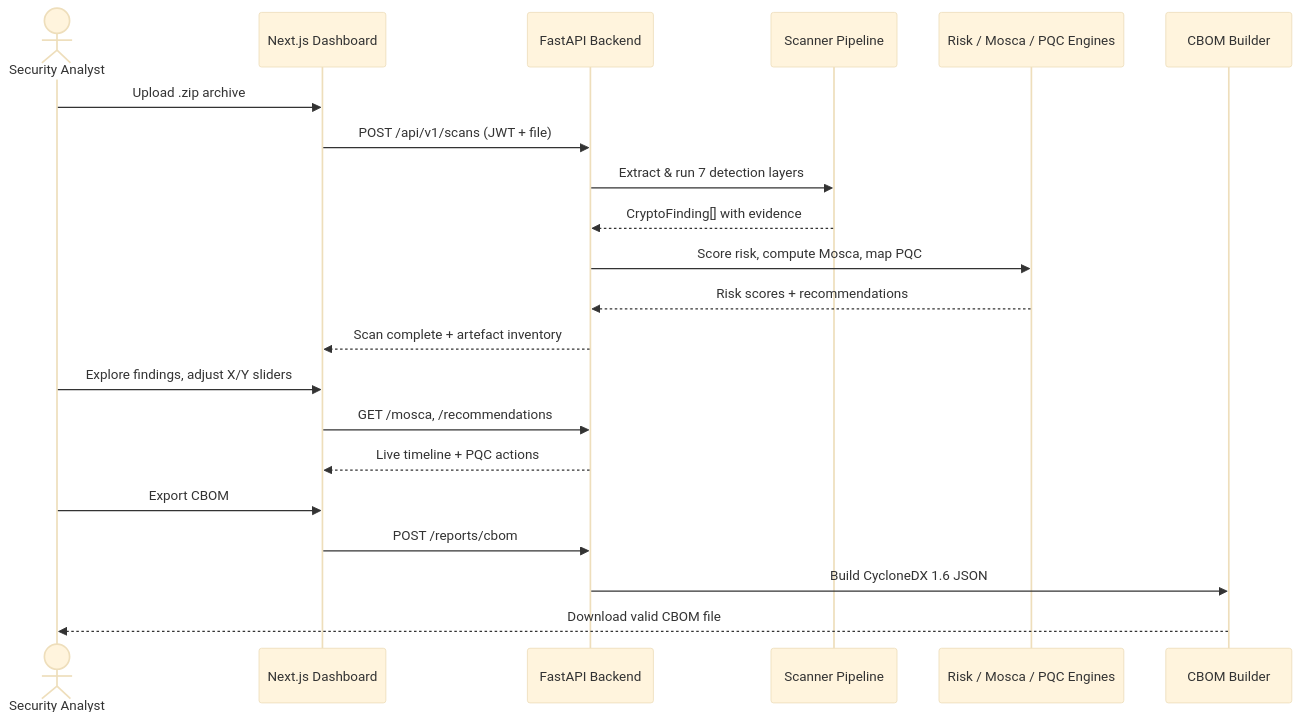
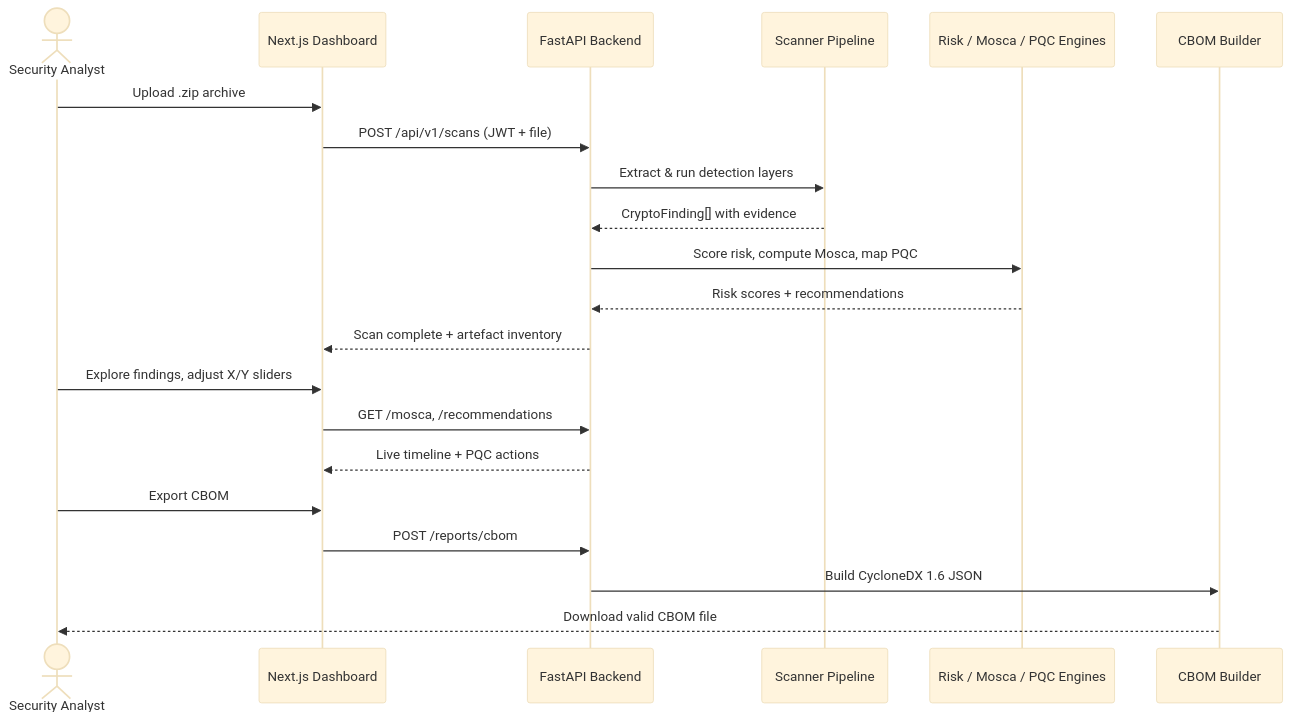
One commit to LakshAgrawal28/SIH26184_Mavericks changed the third of 9 diagrams in README.md. Above: the diagram before and after it, drawn with Mermaid (base theme). The commit also changed other lines of this file and 64 other files, not shown here.

First line of the commit message:
Ship audit-style UI, landing flow, and grounded AI chat improvements.

````diff
--- a/README.md
+++ b/README.md
@@ -174,24 +174,24 @@
 ```mermaid
 sequenceDiagram
     actor User as Security Analyst
     participant UI as Next.js Dashboard
     participant API as FastAPI Backend
     participant Scan as Scanner Pipeline
     participant Eng as Risk / Mosca / PQC Engines
     participant CBOM as CBOM Builder
 
     User->>UI: Upload .zip archive
     UI->>API: POST /api/v1/scans (JWT + file)
-    API->>Scan: Extract & run 7 detection layers
+    API->>Scan: Extract & run detection layers
     Scan-->>API: CryptoFinding[] with evidence
     API->>Eng: Score risk, compute Mosca, map PQC
     Eng-->>API: Risk scores + recommendations
     API-->>UI: Scan complete + artefact inventory
     User->>UI: Explore findings, adjust X/Y sliders
     UI->>API: GET /mosca, /recommendations
     API-->>UI: Live timeline + PQC actions
     User->>UI: Export CBOM
     UI->>API: POST /reports/cbom
     API->>CBOM: Build CycloneDX 1.6 JSON
     CBOM-->>User: Download valid CBOM file
 ```
````
